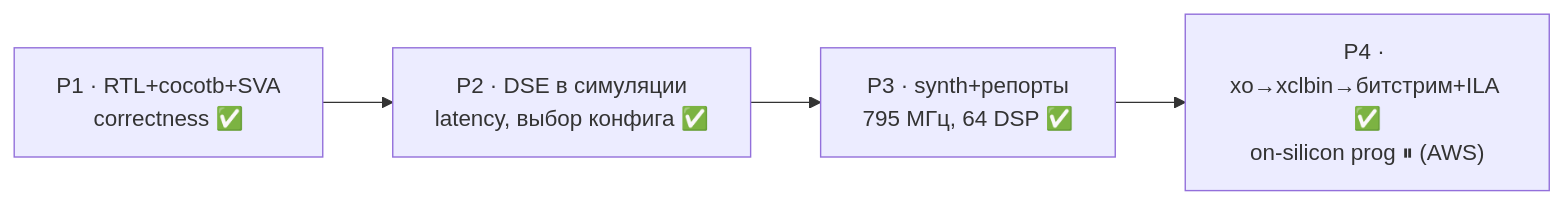
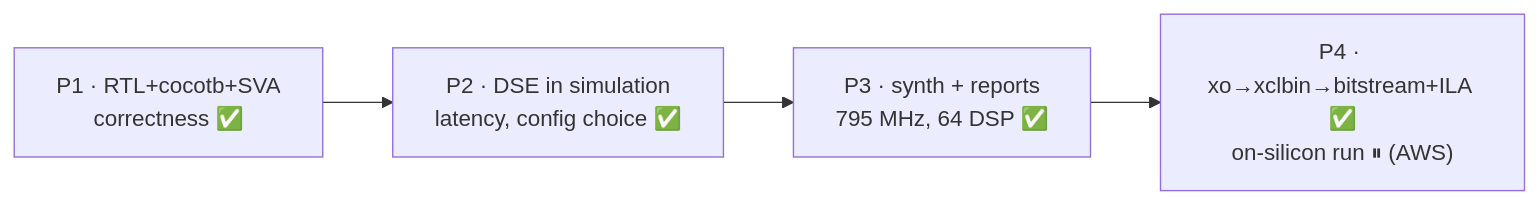
Before and after one commit to AlexOnTheStorm/systolic-gemm-kernelgen: the diagram in README.md, drawn with Mermaid. The commit also changed other lines of this file and 28 other files, not shown here.

````diff
--- a/README.md
+++ b/README.md
@@ -55,6 +54,6 @@
 ```mermaid
 flowchart LR
-  P1["P1 · RTL+cocotb+SVA<br/>correctness ✅"] --> P2["P2 · DSE в симуляции<br/>latency, выбор конфига ✅"]
-  P2 --> P3["P3 · synth+репорты<br/>795 МГц, 64 DSP ✅"]
-  P3 --> P4["P4 · xo→xclbin→битстрим+ILA ✅<br/>on-silicon prog ⏸ (AWS)"]
+  P1["P1 · RTL+cocotb+SVA<br/>correctness ✅"] --> P2["P2 · DSE in simulation<br/>latency, config choice ✅"]
+  P2 --> P3["P3 · synth + reports<br/>795 MHz, 64 DSP ✅"]
+  P3 --> P4["P4 · xo→xclbin→bitstream+ILA ✅<br/>on-silicon run ⏸ (AWS)"]
 ```
````
